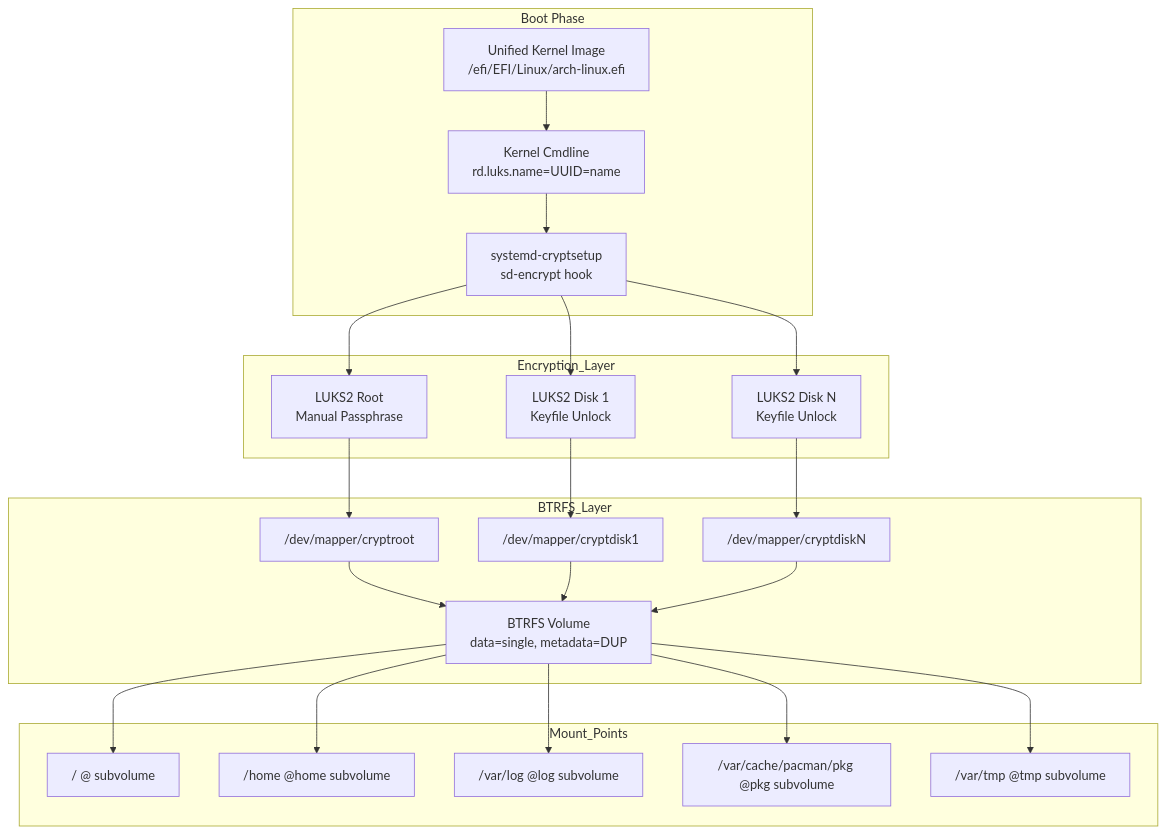
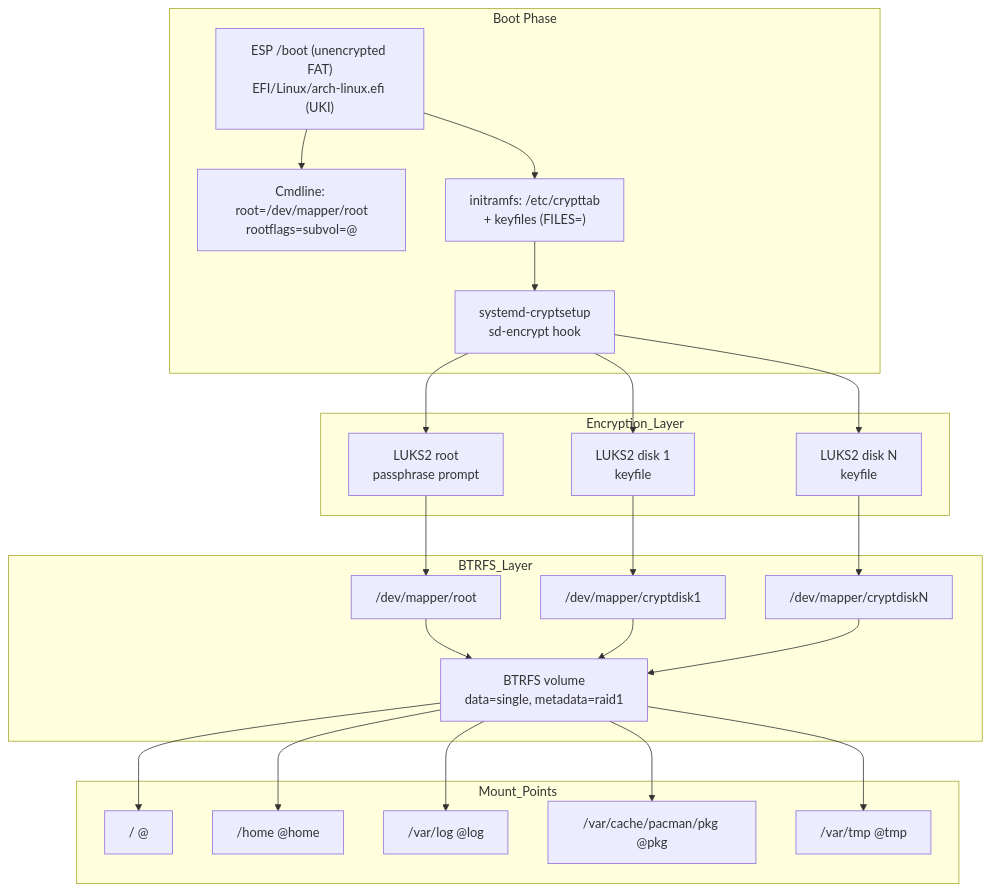
Before and after one commit to amauryconstant/dotfiles: the diagram in _guides/MULTI_DEVICE_BTRFS_SETUP.md, drawn with Mermaid. The commit also changed other lines of this file and 2 other files, not shown here.

First line of the commit message:
Add desktop reinstall guide and rewrite multi-device BTRFS guide for ISO chroot

````diff
--- a/_guides/MULTI_DEVICE_BTRFS_SETUP.md
+++ b/_guides/MULTI_DEVICE_BTRFS_SETUP.md
@@ -15,30 +19,31 @@
 ```mermaid
 graph TB
     subgraph Boot Phase
-        UKI[Unified Kernel Image<br/>/efi/EFI/Linux/arch-linux.efi] --> CMD[Kernel Cmdline<br/>rd.luks.name=UUID=name]
-        CMD --> SD[systemd-cryptsetup<br/>sd-encrypt hook]
+        ESP["ESP /boot (unencrypted FAT)<br/>EFI/Linux/arch-linux.efi (UKI)"] --> CMD["Cmdline: root=/dev/mapper/root<br/>rootflags=subvol=@"]
+        ESP --> INITRD["initramfs: /etc/crypttab<br/>+ keyfiles (FILES=)"]
+        INITRD --> SD["systemd-cryptsetup<br/>sd-encrypt hook"]
     end
 
     subgraph Encryption_Layer
-        SD --> LUKS1["LUKS2 Root<br/>Manual Passphrase"]
-        SD --> LUKS2["LUKS2 Disk 1<br/>Keyfile Unlock"]
-        SD --> LUKS3["LUKS2 Disk N<br/>Keyfile Unlock"]
+        SD --> LUKS1["LUKS2 root<br/>passphrase prompt"]
+        SD --> LUKS2["LUKS2 disk 1<br/>keyfile"]
+        SD --> LUKS3["LUKS2 disk N<br/>keyfile"]
     end
 
     subgraph BTRFS_Layer
-        LUKS1 --> MAP1["/dev/mapper/cryptroot"]
+        LUKS1 --> MAP1["/dev/mapper/root"]
         LUKS2 --> MAP2["/dev/mapper/cryptdisk1"]
         LUKS3 --> MAPN["/dev/mapper/cryptdiskN"]
-        MAP1 --> BTRFS["BTRFS Volume<br/>data=single, metadata=DUP"]
+        MAP1 --> BTRFS["BTRFS volume<br/>data=single, metadata=raid1"]
         MAP2 --> BTRFS
         MAPN --> BTRFS
     end
 
     subgraph Mount_Points
-        BTRFS --> ROOT["/ @ subvolume"]
-        BTRFS --> HOME["/home @home subvolume"]
-        BTRFS --> LOG["/var/log @log subvolume"]
-        BTRFS --> PKG["/var/cache/pacman/pkg @pkg subvolume"]
-        BTRFS --> TMP["/var/tmp @tmp subvolume"]
+        BTRFS --> ROOT["/ @"]
+        BTRFS --> HOME["/home @home"]
+        BTRFS --> LOG["/var/log @log"]
+        BTRFS --> PKG["/var/cache/pacman/pkg @pkg"]
+        BTRFS --> TMP["/var/tmp @tmp"]
     end
 ```
````
